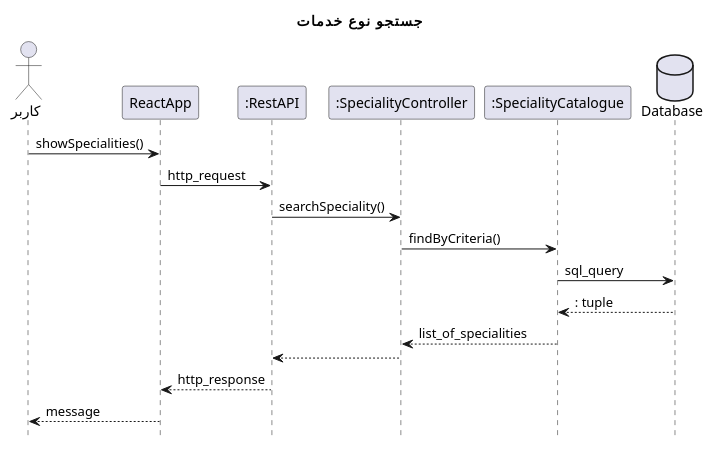
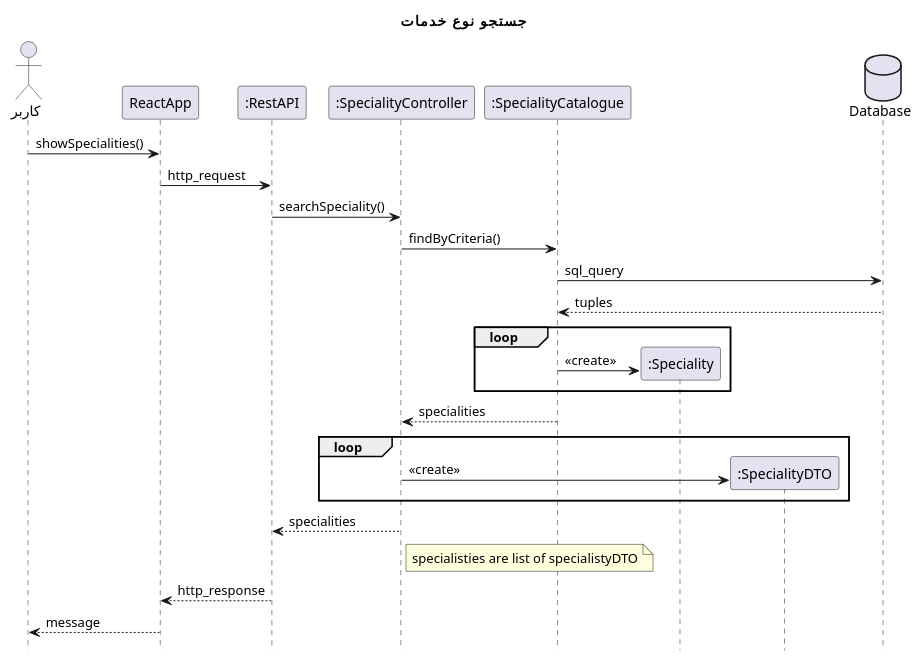
Before and after one commit to Khedmatkar-OOD-spring-2022/Model-and-Documents: the diagram in design sequence diagams/searchSpeciality.plantuml, drawn with PlantUML. The commit also changed 20 other files, not shown here.

```diff
--- a/design sequence diagams/searchSpeciality.plantuml
+++ b/design sequence diagams/searchSpeciality.plantuml
@@ -1,26 +1,34 @@
 @startuml logout
 
 hide footbox
 title "جستجو نوع خدمات"
 actor       "کاربر" as user
 participant ReactApp
 participant ":RestAPI" as RestAPI
 participant ":SpecialityController" as SpecialityController
 participant ":SpecialityCatalogue" as SpecialityCatalogue
-
+participant ":Speciality" as Speciality
+participant ":SpecialityDTO" as SpecialityDTO
 database Database
-
 
 user -> ReactApp: showSpecialities()
 ReactApp -> RestAPI : http_request
 RestAPI -> SpecialityController : searchSpeciality()
 SpecialityController -> SpecialityCatalogue : findByCriteria()
 SpecialityCatalogue -> Database: sql_query
-return: tuple
-
-SpecialityCatalogue --> SpecialityController :list_of_specialities
-SpecialityController --> RestAPI
+return tuples
+loop
+    SpecialityCatalogue -> Speciality **: <<create>>
+end
+SpecialityCatalogue --> SpecialityController :specialities
+loop
+    SpecialityController -> SpecialityDTO **: <<create>>
+end
+SpecialityController --> RestAPI: specialities
+note right of SpecialityController
+    specialisties are list of specialistyDTO
+end note
 RestAPI --> ReactApp : http_response
 ReactApp --> user: message
 
 @enduml
```
